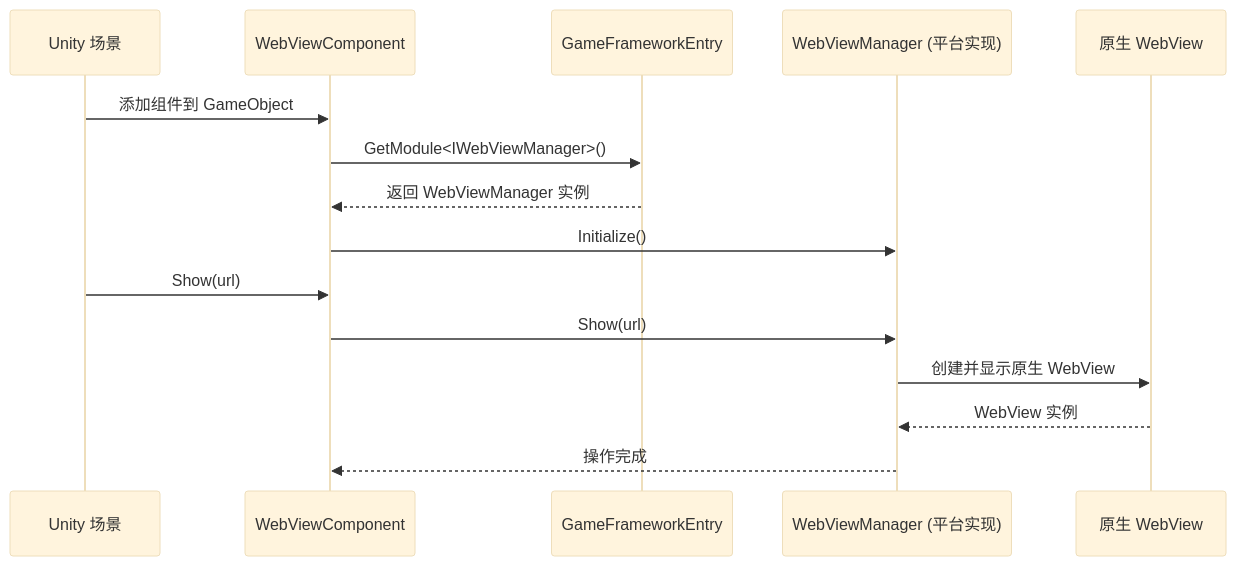
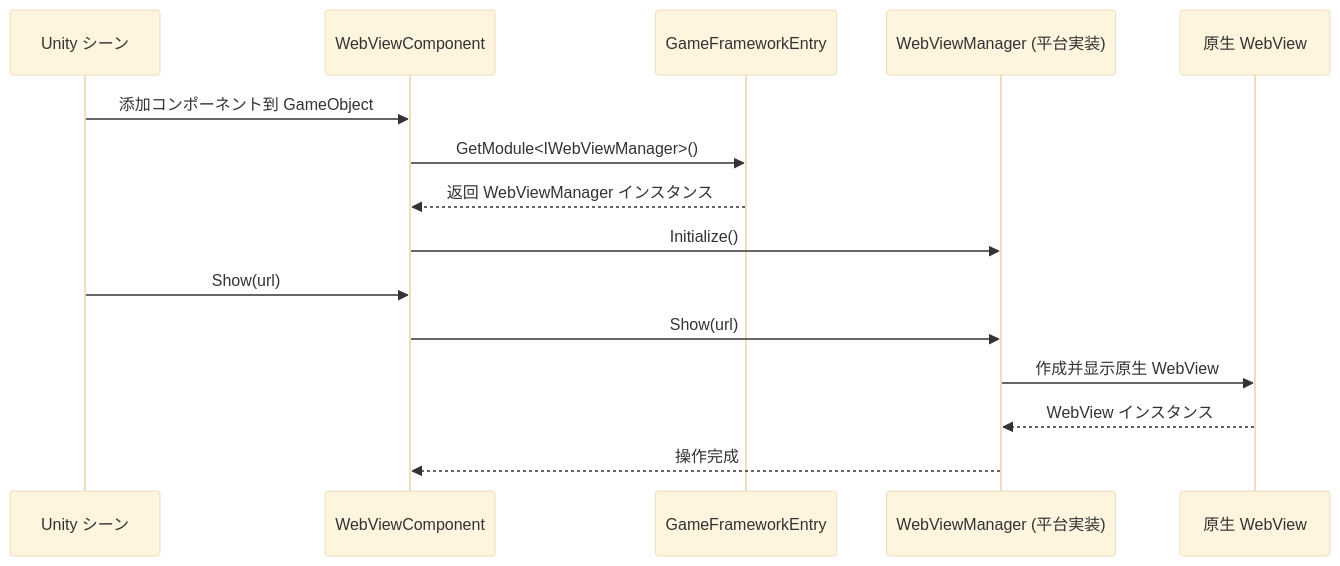
The third of 3 diagrams in docs/ja/client/unity/component/webview/07.troubleshooting.md (AlianBlank/GameFrameX.Docs), drawn with Mermaid (base theme) before and after one commit. The commit also changed other lines of this file and 603 other files, not shown here.

````diff
--- a/docs/ja/client/unity/component/webview/07.troubleshooting.md
+++ b/docs/ja/client/unity/component/webview/07.troubleshooting.md
@@ -272,18 +272,18 @@
 ```mermaid
 sequenceDiagram
-    participant U as Unity 场景
+    participant U as Unity シーン
     participant WVC as WebViewComponent
     participant GFE as GameFrameworkEntry
-    participant WMM as WebViewManager (平台实现)
+    participant WMM as WebViewManager (平台実装)
     participant Native as 原生 WebView
 
-    U->>WVC: 添加组件到 GameObject
+    U->>WVC: 添加コンポーネント到 GameObject
     WVC->>GFE: GetModule<IWebViewManager>()
-    GFE-->>WVC: 返回 WebViewManager 实例
+    GFE-->>WVC: 返回 WebViewManager インスタンス
     WVC->>WMM: Initialize()
     U->>WVC: Show(url)
     WVC->>WMM: Show(url)
-    WMM->>Native: 创建并显示原生 WebView
-    Native-->>WMM: WebView 实例
+    WMM->>Native: 作成并显示原生 WebView
+    Native-->>WMM: WebView インスタンス
     WMM-->>WVC: 操作完成
 ```
````
